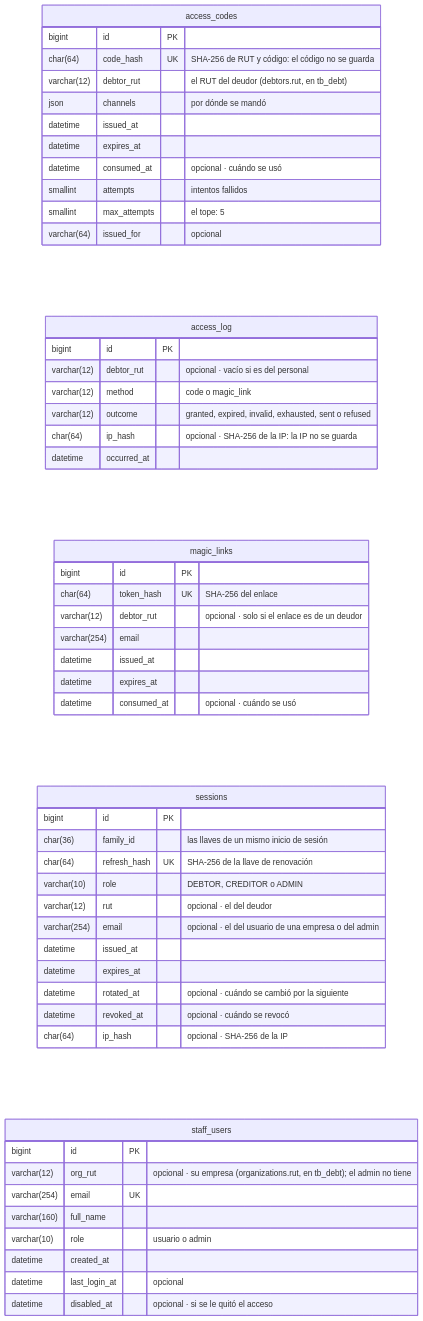
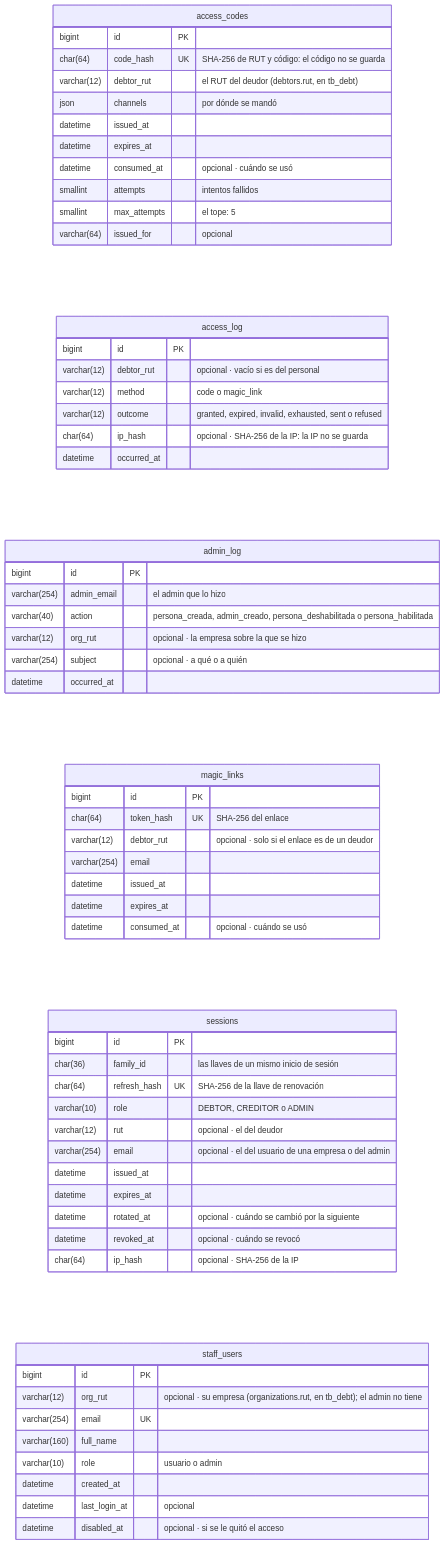
The first of 5 diagrams in docs/diagramas/entidad-relacion.md (TechnicalBridge/DataBridge), drawn with Mermaid before and after one commit. The commit also changed other lines of this file and 62 other files, not shown here.

````diff
--- a/docs/diagramas/entidad-relacion.md
+++ b/docs/diagramas/entidad-relacion.md
@@ -23,56 +23,64 @@
 ```mermaid
 erDiagram
     direction LR
     access_codes {
         bigint id PK
         char(64) code_hash UK "SHA-256 de RUT y código: el código no se guarda"
         varchar(12) debtor_rut "el RUT del deudor (debtors.rut, en tb_debt)"
         json channels "por dónde se mandó"
         datetime issued_at
         datetime expires_at
         datetime consumed_at "opcional · cuándo se usó"
         smallint attempts "intentos fallidos"
         smallint max_attempts "el tope: 5"
         varchar(64) issued_for "opcional"
     }
     access_log {
         bigint id PK
         varchar(12) debtor_rut "opcional · vacío si es del personal"
         varchar(12) method "code o magic_link"
         varchar(12) outcome "granted, expired, invalid, exhausted, sent o refused"
         char(64) ip_hash "opcional · SHA-256 de la IP: la IP no se guarda"
+        datetime occurred_at
+    }
+    admin_log {
+        bigint id PK
+        varchar(254) admin_email "el admin que lo hizo"
+        varchar(40) action "persona_creada, admin_creado, persona_deshabilitada o persona_habilitada"
+        varchar(12) org_rut "opcional · la empresa sobre la que se hizo"
+        varchar(254) subject "opcional · a qué o a quién"
         datetime occurred_at
     }
     magic_links {
         bigint id PK
         char(64) token_hash UK "SHA-256 del enlace"
         varchar(12) debtor_rut "opcional · solo si el enlace es de un deudor"
         varchar(254) email
         datetime issued_at
         datetime expires_at
         datetime consumed_at "opcional · cuándo se usó"
     }
     sessions {
         bigint id PK
         char(36) family_id "las llaves de un mismo inicio de sesión"
         char(64) refresh_hash UK "SHA-256 de la llave de renovación"
         varchar(10) role "DEBTOR, CREDITOR o ADMIN"
         varchar(12) rut "opcional · el del deudor"
         varchar(254) email "opcional · el del usuario de una empresa o del admin"
         datetime issued_at
         datetime expires_at
         datetime rotated_at "opcional · cuándo se cambió por la siguiente"
         datetime revoked_at "opcional · cuándo se revocó"
         char(64) ip_hash "opcional · SHA-256 de la IP"
     }
     staff_users {
         bigint id PK
         varchar(12) org_rut "opcional · su empresa (organizations.rut, en tb_debt); el admin no tiene"
         varchar(254) email UK
         varchar(160) full_name
         varchar(10) role "usuario o admin"
         datetime created_at
         datetime last_login_at "opcional"
         datetime disabled_at "opcional · si se le quitó el acceso"
     }
 ```
````
